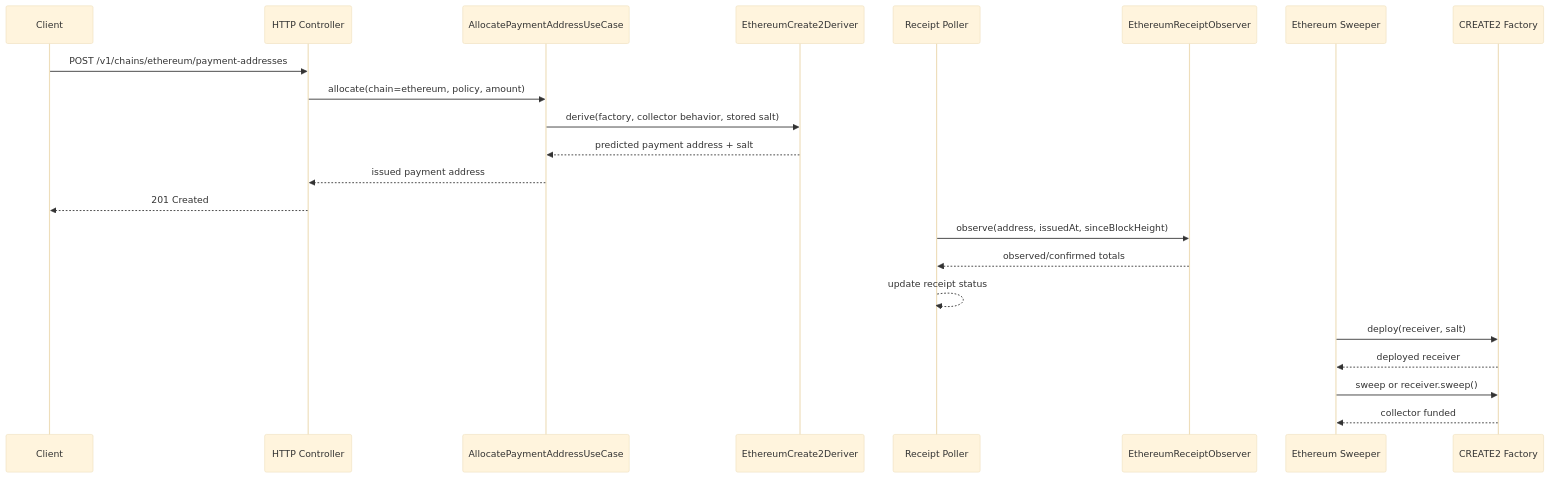
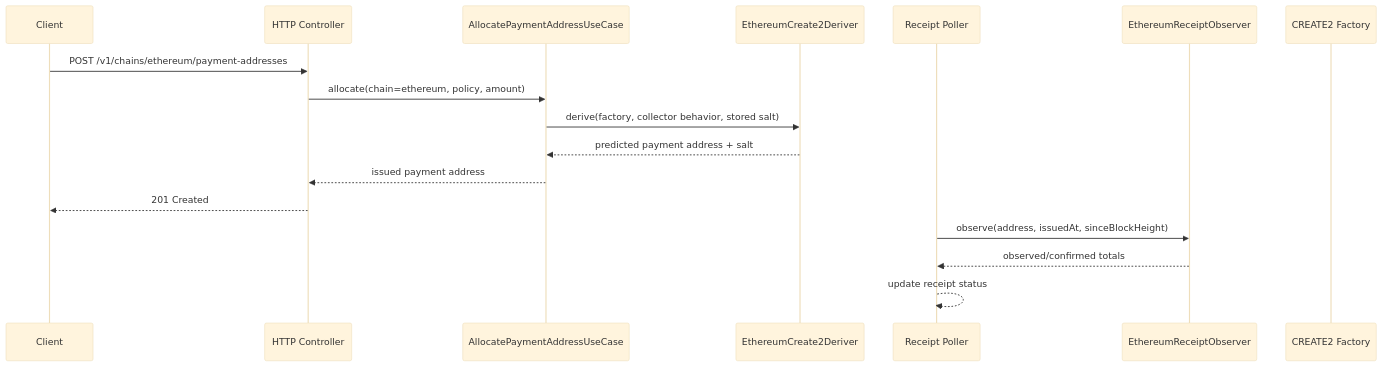
The diagram in specs/2026-03-20-create2-eth-payment-receiving/02_design.md (po-sen/payrune), drawn with Mermaid (base theme) before and after one commit. The commit also changed other lines of this file and 4 other files, not shown here.

````diff
--- a/specs/2026-03-20-create2-eth-payment-receiving/02_design.md
+++ b/specs/2026-03-20-create2-eth-payment-receiving/02_design.md
@@ -183,27 +154,21 @@
 ```mermaid
 sequenceDiagram
     participant U as Client
     participant C as HTTP Controller
     participant A as AllocatePaymentAddressUseCase
     participant D as EthereumCreate2Deriver
     participant P as Receipt Poller
     participant O as EthereumReceiptObserver
-    participant S as Ethereum Sweeper
     participant F as CREATE2 Factory
 
     U->>C: POST /v1/chains/ethereum/payment-addresses
     C->>A: allocate(chain=ethereum, policy, amount)
     A->>D: derive(factory, collector behavior, stored salt)
     D-->>A: predicted payment address + salt
     A-->>C: issued payment address
     C-->>U: 201 Created
 
     P->>O: observe(address, issuedAt, sinceBlockHeight)
     O-->>P: observed/confirmed totals
     P-->>P: update receipt status
-
-    S->>F: deploy(receiver, salt)
-    F-->>S: deployed receiver
-    S->>F: sweep or receiver.sweep()
-    F-->>S: collector funded
 ```
````
